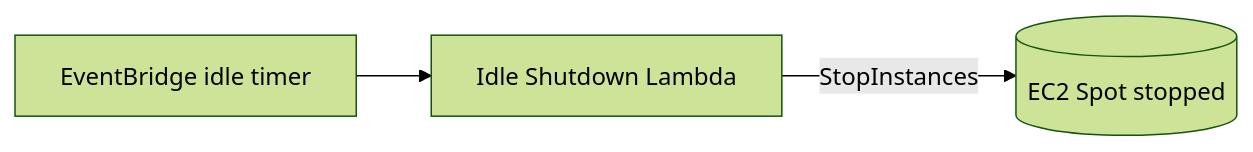
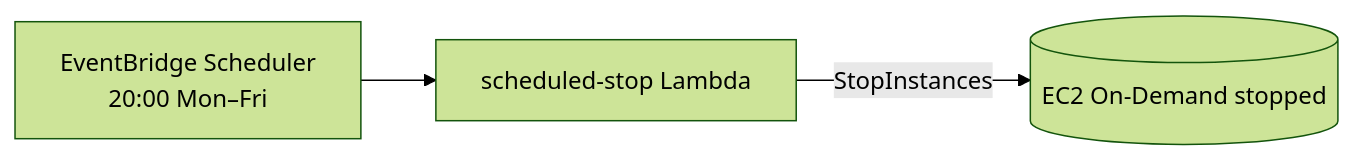
One commit to teddynted/ai-github-repository-blog-generator changed the second of 2 diagrams in docs/cost-optimization.md. Above: the diagram before and after it, drawn with Mermaid (forest theme). The commit also changed other lines of this file and 48 other files, not shown here.

````diff
--- a/docs/cost-optimization.md
+++ b/docs/cost-optimization.md
@@ -52,5 +52,5 @@
 ```mermaid
 flowchart LR
-    T[EventBridge idle timer] --> LS[Idle Shutdown Lambda]
-    LS -->|StopInstances| EC2[(EC2 Spot stopped)]
+    SCH[EventBridge Scheduler<br/>20:00 Mon–Fri] --> LS[scheduled-stop Lambda]
+    LS -->|StopInstances| EC2[(EC2 On-Demand stopped)]
 ```
````
